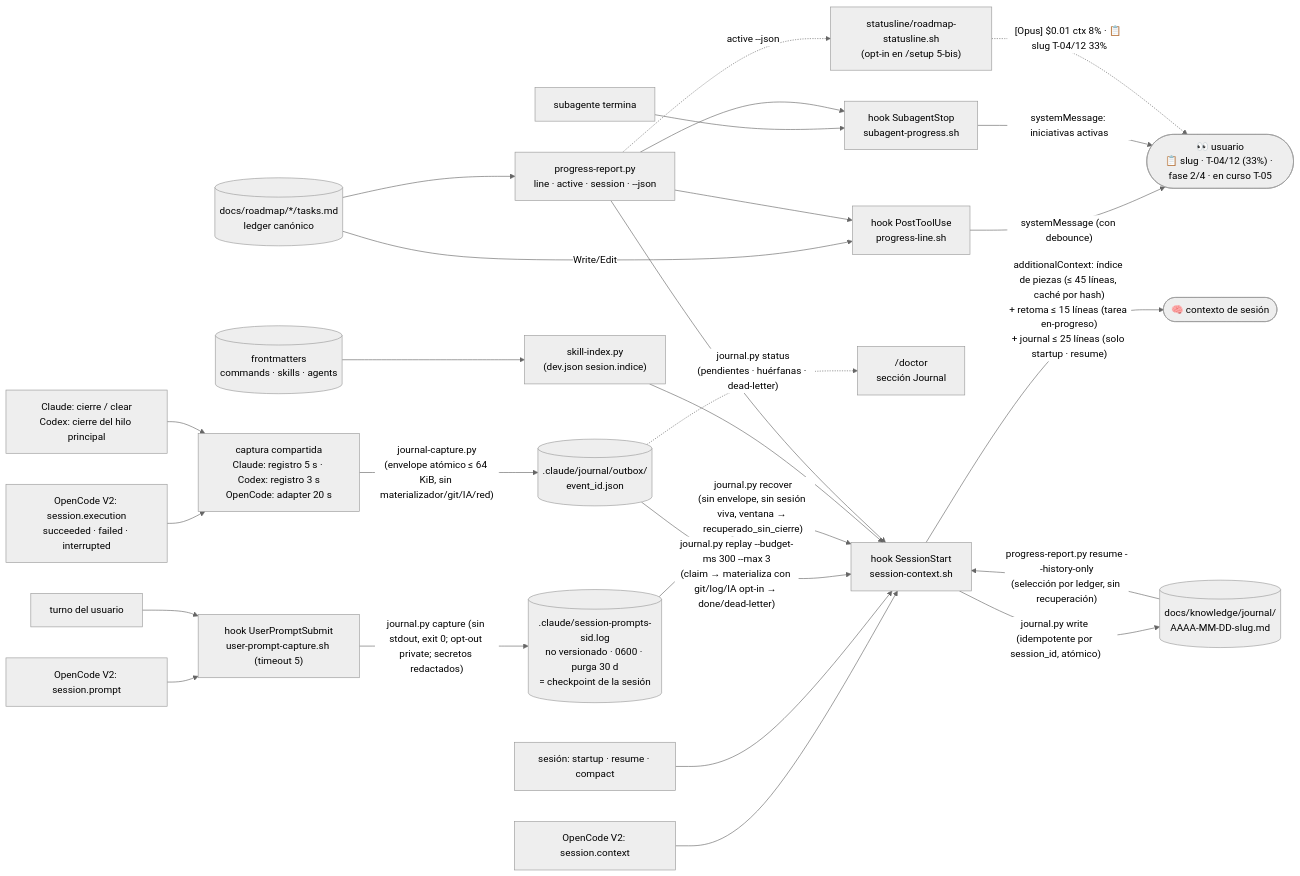
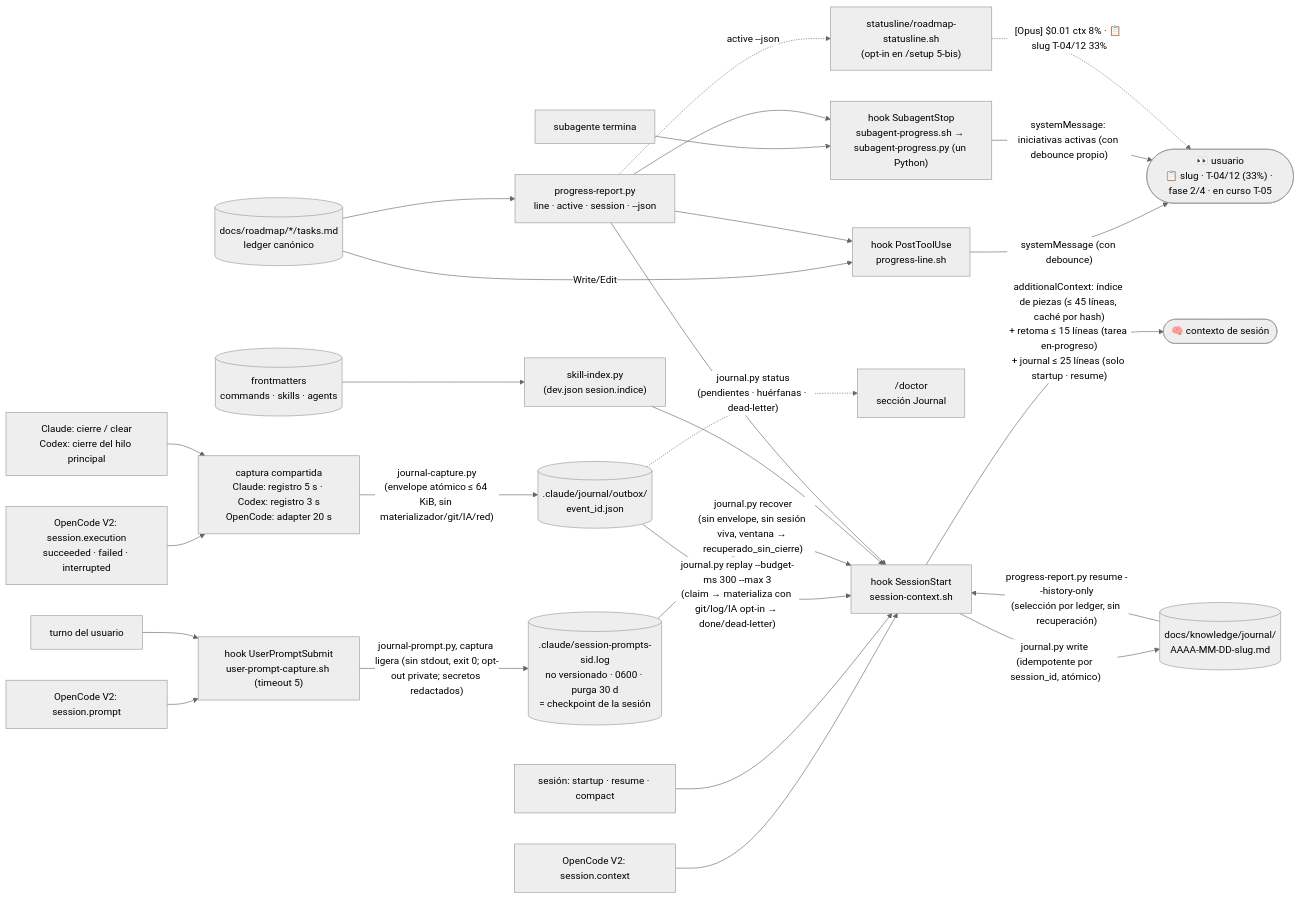
One commit to daycry/custom-agents changed diagram 17 of 28 in docs/FLOWS.md. Above: the diagram before and after it, drawn with Mermaid (neutral theme). The commit also changed 10 other files, not shown here.

````diff
--- a/docs/FLOWS.md
+++ b/docs/FLOWS.md
@@ -539,27 +539,27 @@
 ```mermaid
 flowchart LR
     L[("docs/roadmap/*/tasks.md<br/>ledger canónico")] -->|Write/Edit| H1["hook PostToolUse<br/>progress-line.sh"]
     H1 -->|"systemMessage (con debounce)"| U(["👀 usuario<br/>📋 slug · T-04/12 (33%) · fase 2/4 · en curso T-05"])
-    SA["subagente termina"] --> H2["hook SubagentStop<br/>subagent-progress.sh"]
-    H2 -->|"systemMessage: iniciativas activas"| U
+    SA["subagente termina"] --> H2["hook SubagentStop<br/>subagent-progress.sh → subagent-progress.py (un Python)"]
+    H2 -->|"systemMessage: iniciativas activas (con debounce propio)"| U
     OC["OpenCode V2: session.context"] --> H3
     OCP["OpenCode V2: session.prompt"] --> H5
     OCI["OpenCode V2: session.execution<br/>succeeded · failed · interrupted"] --> H4
     SS["sesión: startup · resume · compact"] --> H3["hook SessionStart<br/>session-context.sh"]
     H3 -->|"additionalContext: índice de piezas (≤ 45 líneas, caché por hash)<br/>+ retoma ≤ 15 líneas (tarea en-progreso)<br/>+ journal ≤ 25 líneas (solo startup · resume)"| C(["🧠 contexto de sesión"])
     UP["turno del usuario"] --> H5["hook UserPromptSubmit<br/>user-prompt-capture.sh (timeout 5)"]
-    H5 -->|"journal.py capture (sin stdout, exit 0; opt-out private; secretos redactados)"| LOG[(".claude/session-prompts-sid.log<br/>no versionado · 0600 · purga 30 d<br/>= checkpoint de la sesión")]
+    H5 -->|"journal-prompt.py, captura ligera (sin stdout, exit 0; opt-out private; secretos redactados)"| LOG[(".claude/session-prompts-sid.log<br/>no versionado · 0600 · purga 30 d<br/>= checkpoint de la sesión")]
     SE["Claude: cierre / clear<br/>Codex: cierre del hilo principal"] --> H4["captura compartida<br/>Claude: registro 5 s · Codex: registro 3 s<br/>OpenCode: adapter 20 s"]
     H4 -->|"journal-capture.py<br/>(envelope atómico ≤ 64 KiB, sin materializador/git/IA/red)"| OB[(".claude/journal/outbox/<br/>event_id.json")]
     OB -->|"journal.py replay --budget-ms 300 --max 3<br/>(claim → materializa con git/log/IA opt-in → done/dead-letter)"| H3
     LOG -->|"journal.py recover<br/>(sin envelope, sin sesión viva, ventana → recuperado_sin_cierre)"| H3
     H3 -->|"journal.py write (idempotente por session_id, atómico)"| J[("docs/knowledge/journal/<br/>AAAA-MM-DD-slug.md")]
     J -->|"progress-report.py resume --history-only<br/>(selección por ledger, sin recuperación)"| H3
     OB -.->|"journal.py status<br/>(pendientes · huérfanas · dead-letter)"| DOC["/doctor<br/>sección Journal"]
     FM[("frontmatters<br/>commands · skills · agents")] --> SI["skill-index.py<br/>(dev.json sesion.indice)"]
     SI --> H3
     L --> P["progress-report.py<br/>line · active · session · --json"]
     P --> H1 & H2 & H3
     P -.->|"active --json"| SL["statusline/roadmap-statusline.sh<br/>(opt-in en /setup 5-bis)"]
     SL -.->|"[Opus] $0.01 ctx 8% · 📋 slug T-04/12 33%"| U
 ```
````
